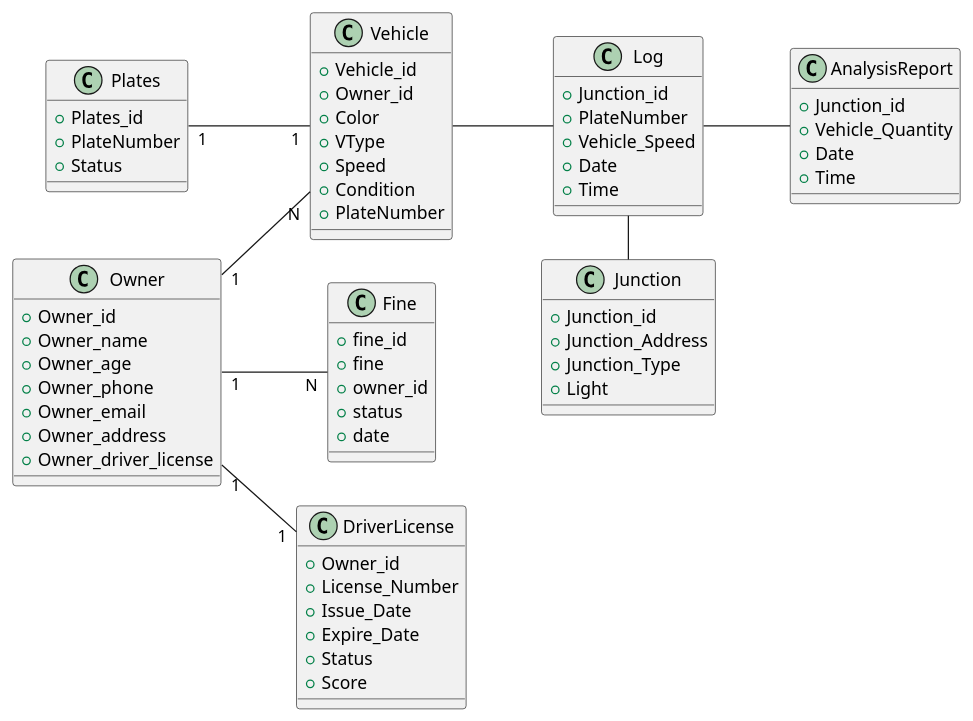
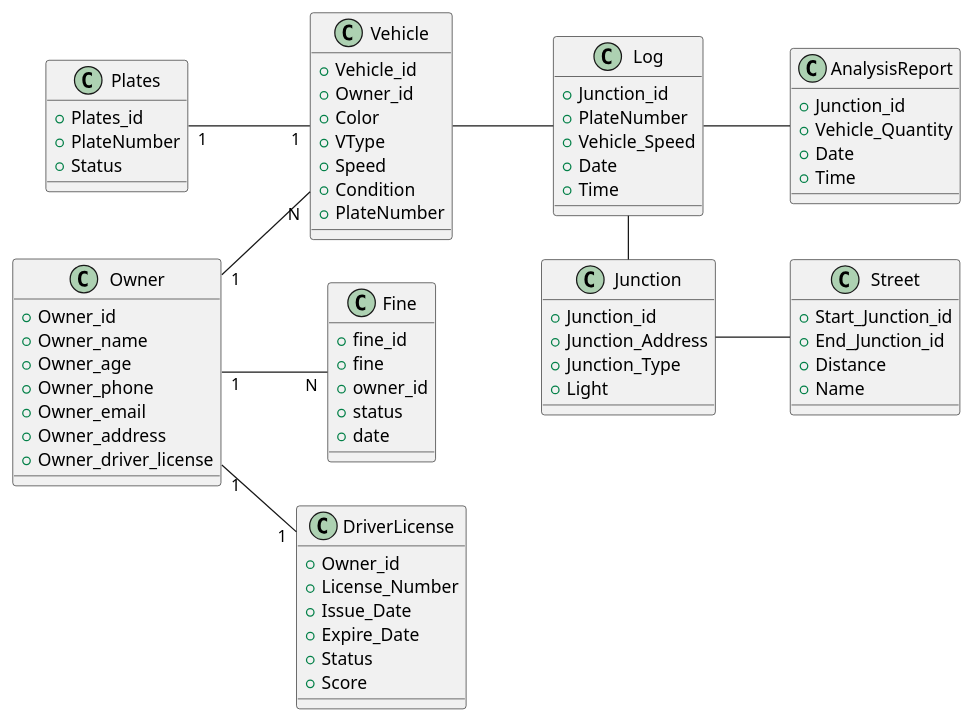
One commit to lzpmpc005/Traffic_Management_System changed the first of 14 diagrams in Diagrams.md. Above: the diagram before and after it, drawn with PlantUML. The commit also changed other lines of this file and 2 other files, not shown here.

Commit message:
update slides and diagrams

```diff
--- a/Diagrams.md
+++ b/Diagrams.md
@@ -5,4 +5,5 @@
 @startuml
+
 
 Left to Right Direction
 
@@ -71,6 +72,13 @@
   + Time
 }
 
+class Street {
+  + Start_Junction_id
+  + End_Junction_id
+  + Distance
+  + Name
+}
+
 Log - Junction
 Log -- AnalysisReport
 Owner "1" -- "N" Vehicle
@@ -78,5 +86,5 @@
 Owner "1" -- "N" Fine
 Owner "1" -- "1" DriverLicense
 Vehicle -- Log
-
+Junction -- Street
 @enduml
```
